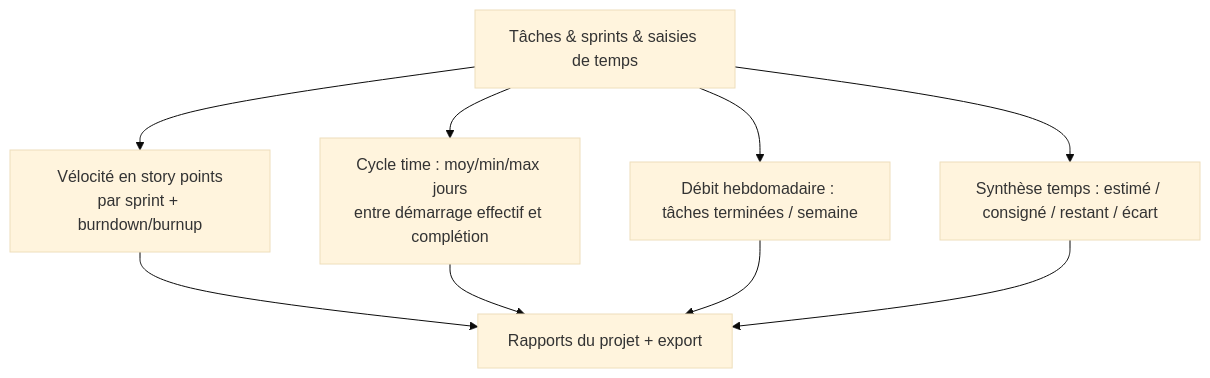
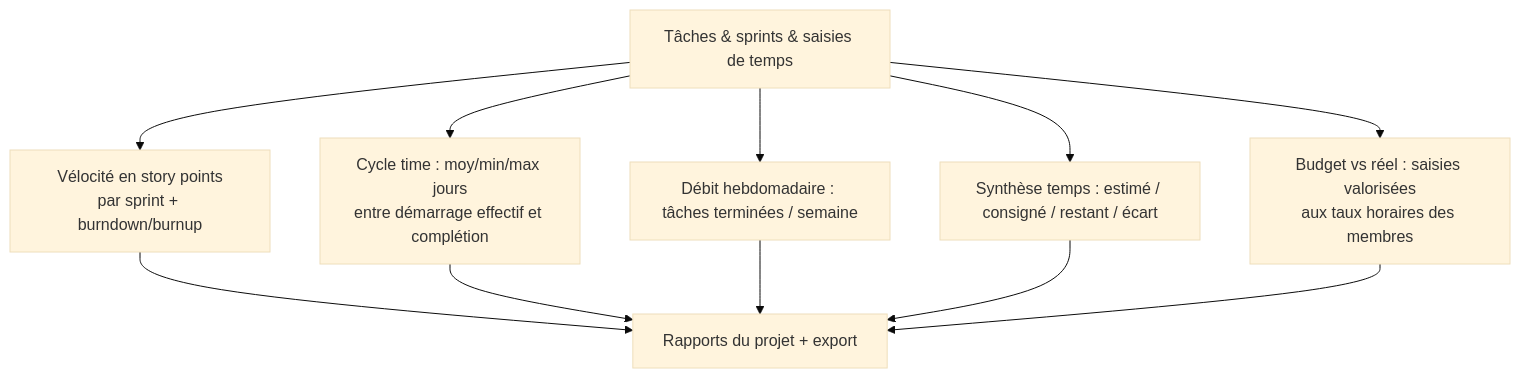
The sixth of 7 diagrams in docs/project-management-flows.md (prologic-deployment/Fluidity), drawn with Mermaid (base theme) before and after one commit. The commit also changed other lines of this file and 19 other files, not shown here.

````diff
--- a/docs/project-management-flows.md
+++ b/docs/project-management-flows.md
@@ -164,11 +164,13 @@
 ```mermaid
 flowchart TD
     T[Tâches & sprints & saisies de temps] --> V[Vélocité en story points<br/>par sprint + burndown/burnup]
     T --> C[Cycle time : moy/min/max jours<br/>entre démarrage effectif et complétion]
     T --> TP[Débit hebdomadaire : tâches terminées / semaine]
     T --> TM[Synthèse temps : estimé / consigné / restant / écart]
+    T --> B[Budget vs réel : saisies valorisées<br/>aux taux horaires des membres]
     V --> R[Rapports du projet + export]
     C --> R
     TP --> R
     TM --> R
+    B --> R
 ```
````
